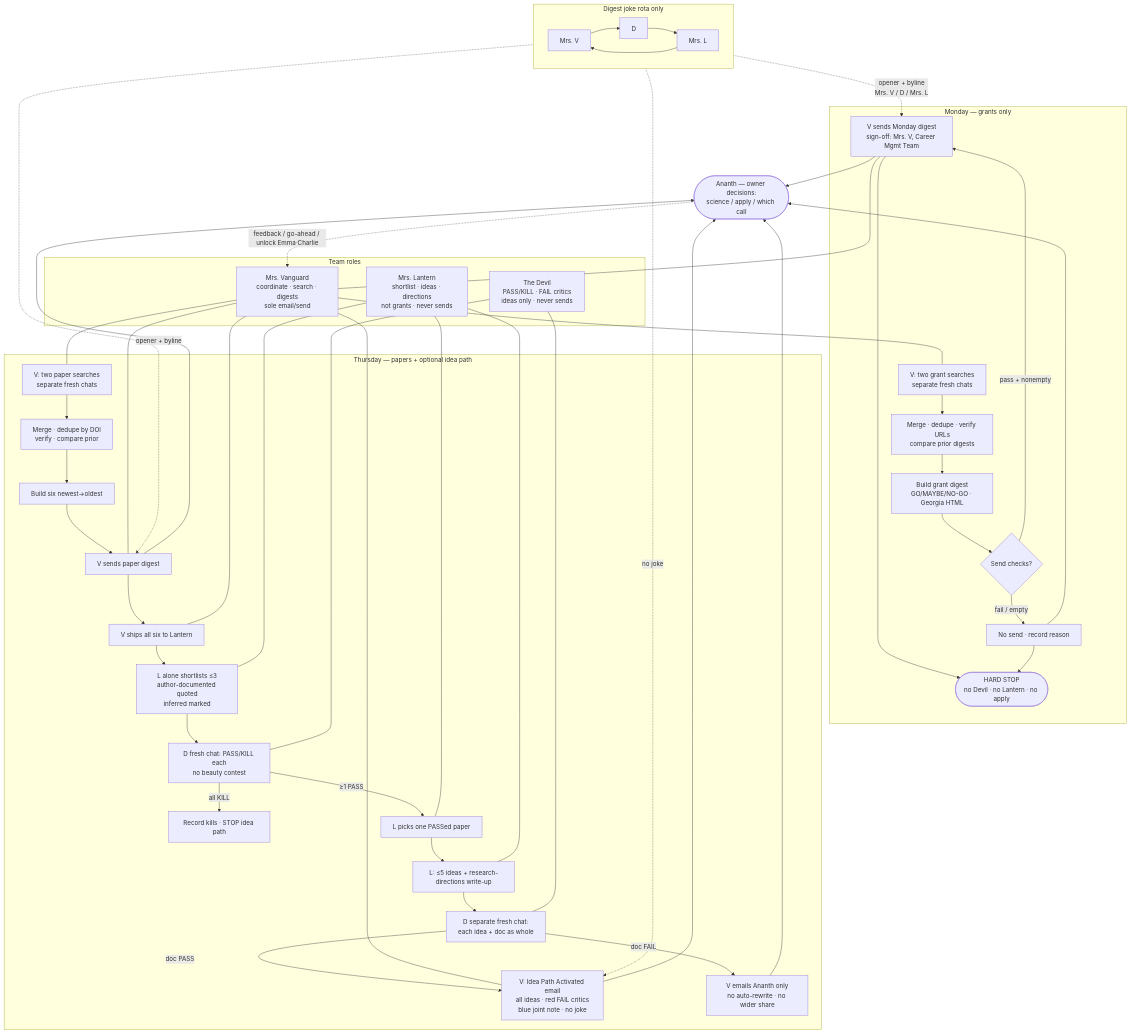
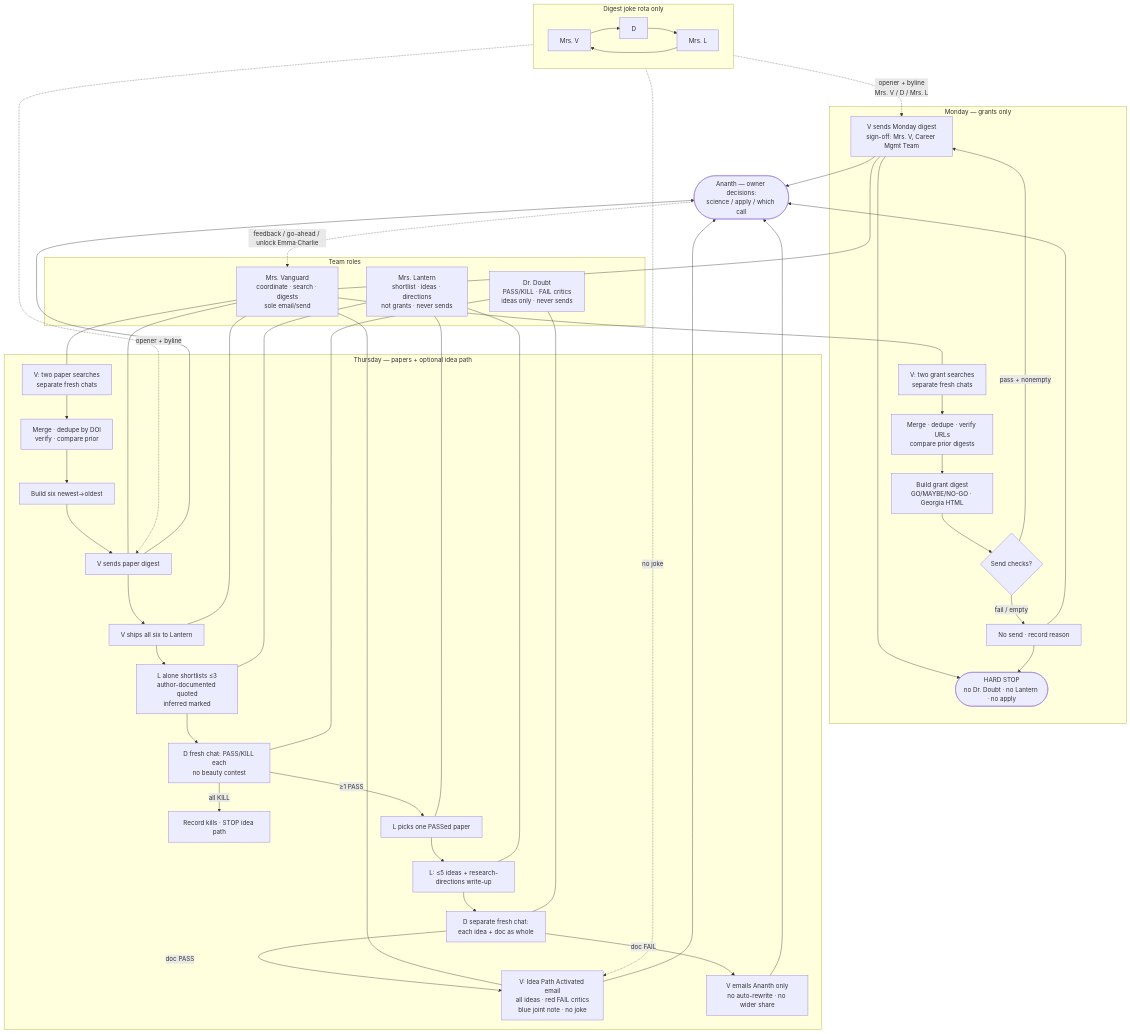
The diagram in team-workflow-flowchart.md (bazilsky/career-management-team), drawn with Mermaid before and after one commit. The commit also changed other lines of this file and 28 other files, not shown here.

````diff
--- a/team-workflow-flowchart.md
+++ b/team-workflow-flowchart.md
@@ -5,63 +5,63 @@
 ```mermaid
 flowchart TD
   Ananth([Ananth — owner decisions:<br/>science / apply / which call])
 
   subgraph Roles["Team roles"]
     V[Mrs. Vanguard<br/>coordinate · search · digests<br/>sole email/send]
     L[Mrs. Lantern<br/>shortlist · ideas · directions<br/>not grants · never sends]
-    D[The Devil<br/>PASS/KILL · FAIL critics<br/>ideas only · never sends]
+    D[Dr. Doubt<br/>PASS/KILL · FAIL critics<br/>ideas only · never sends]
   end
 
   subgraph Joke["Digest joke rota only"]
     J1[Mrs. V] --> J2[D] --> J3[Mrs. L] --> J1
   end
 
   Joke -.->|opener + byline<br/>Mrs. V / D / Mrs. L| MonDigest
   Joke -.->|opener + byline| ThuDigest
   Joke -.->|no joke| IdeaEmail
 
   subgraph Mon["Monday — grants only"]
     M1[V: two grant searches<br/>separate fresh chats] --> M2[Merge · dedupe · verify URLs<br/>compare prior digests]
     M2 --> M3[Build grant digest<br/>GO/MAYBE/NO-GO · Georgia HTML]
     M3 --> M4{Send checks?}
     M4 -->|pass + nonempty| MonDigest[V sends Monday digest<br/>sign-off: Mrs. V, Career Mgmt Team]
     M4 -->|fail / empty| M6[No send · record reason]
-    MonDigest --> MStop([HARD STOP<br/>no Devil · no Lantern · no apply])
+    MonDigest --> MStop([HARD STOP<br/>no Dr. Doubt · no Lantern · no apply])
     M6 --> MStop
   end
 
   subgraph Thu["Thursday — papers + optional idea path"]
     T1[V: two paper searches<br/>separate fresh chats] --> T2[Merge · dedupe by DOI<br/>verify · compare prior]
     T2 --> T3[Build six newest→oldest]
     T3 --> ThuDigest[V sends paper digest]
     ThuDigest --> T4[V ships all six to Lantern]
     T4 --> T5[L alone shortlists ≤3<br/>author-documented quoted<br/>inferred marked]
     T5 --> T6[D fresh chat: PASS/KILL each<br/>no beauty contest]
     T6 -->|all KILL| T7[Record kills · STOP idea path]
     T6 -->|≥1 PASS| T8[L picks one PASSed paper]
     T8 --> T9[L: ≤5 ideas + research-directions write-up]
     T9 --> T10[D separate fresh chat:<br/>each idea + doc as whole]
     T10 -->|doc PASS| IdeaEmail[V: Idea Path Activated email<br/>all ideas · red FAIL critics<br/>blue joint note · no joke]
     T10 -->|doc FAIL| T11[V emails Ananth only<br/>no auto-rewrite · no wider share]
   end
 
   MonDigest --> Ananth
   ThuDigest --> Ananth
   IdeaEmail --> Ananth
   T11 --> Ananth
   M6 --> Ananth
 
   V --- M1
   V --- T1
   V --- MonDigest
   V --- ThuDigest
   V --- IdeaEmail
   V --- T4
   L --- T5
   L --- T8
   L --- T9
   D --- T6
   D --- T10
 
   Ananth -.->|feedback / go-ahead / unlock Emma·Charlie| V
 ```
````
